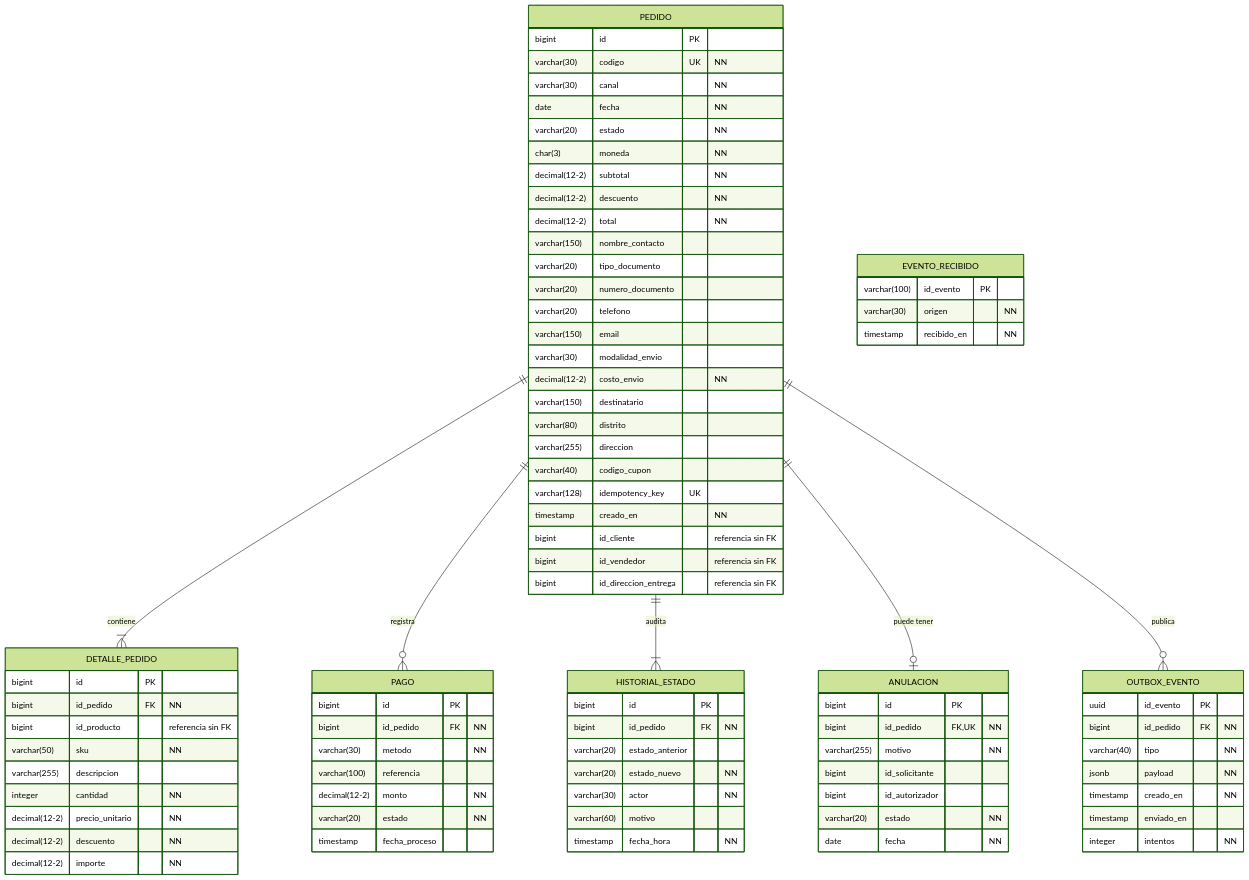
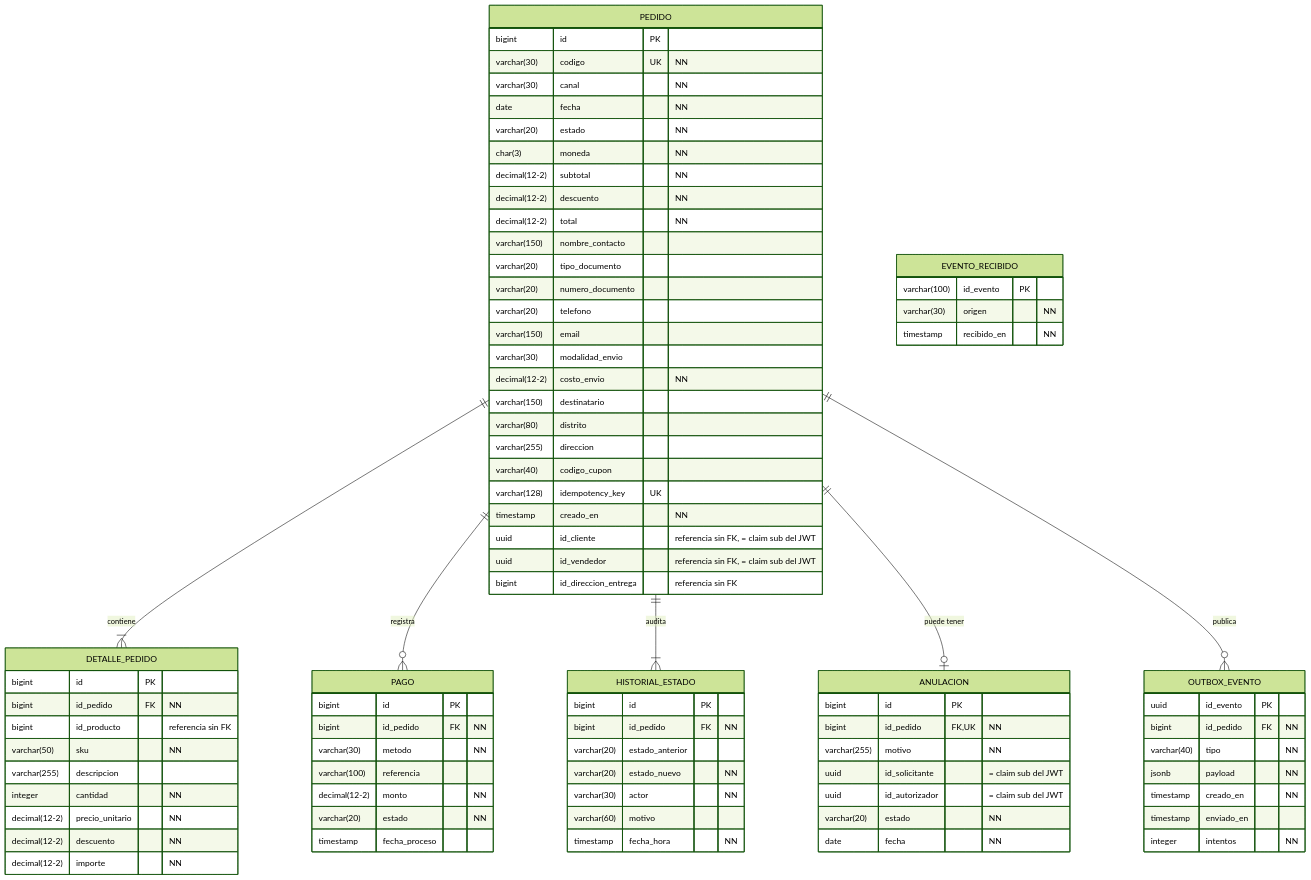
One commit to Taller-SW-Web/G5-Ventas-Postventas changed the first of 2 diagrams in diseno/diagramas/bd/diagrama-logico.md. Above: the diagram before and after it, drawn with Mermaid (forest theme). The commit also changed other lines of this file and 11 other files, not shown here.

```diff
--- a/diseno/diagramas/bd/diagrama-logico.md
+++ b/diseno/diagramas/bd/diagrama-logico.md
@@ -43,8 +43,8 @@
         varchar(40) codigo_cupon
         varchar(128) idempotency_key UK
         timestamp creado_en "NN"
-        bigint id_cliente "referencia sin FK"
-        bigint id_vendedor "referencia sin FK"
+        uuid id_cliente "referencia sin FK, = claim sub del JWT"
+        uuid id_vendedor "referencia sin FK, = claim sub del JWT"
         bigint id_direccion_entrega "referencia sin FK"
     }
     DETALLE_PEDIDO {
@@ -80,8 +80,8 @@
         bigint id PK
         bigint id_pedido FK,UK "NN"
         varchar(255) motivo "NN"
-        bigint id_solicitante
-        bigint id_autorizador
+        uuid id_solicitante "= claim sub del JWT"
+        uuid id_autorizador "= claim sub del JWT"
         varchar(20) estado "NN"
         date fecha "NN"
     }
```
